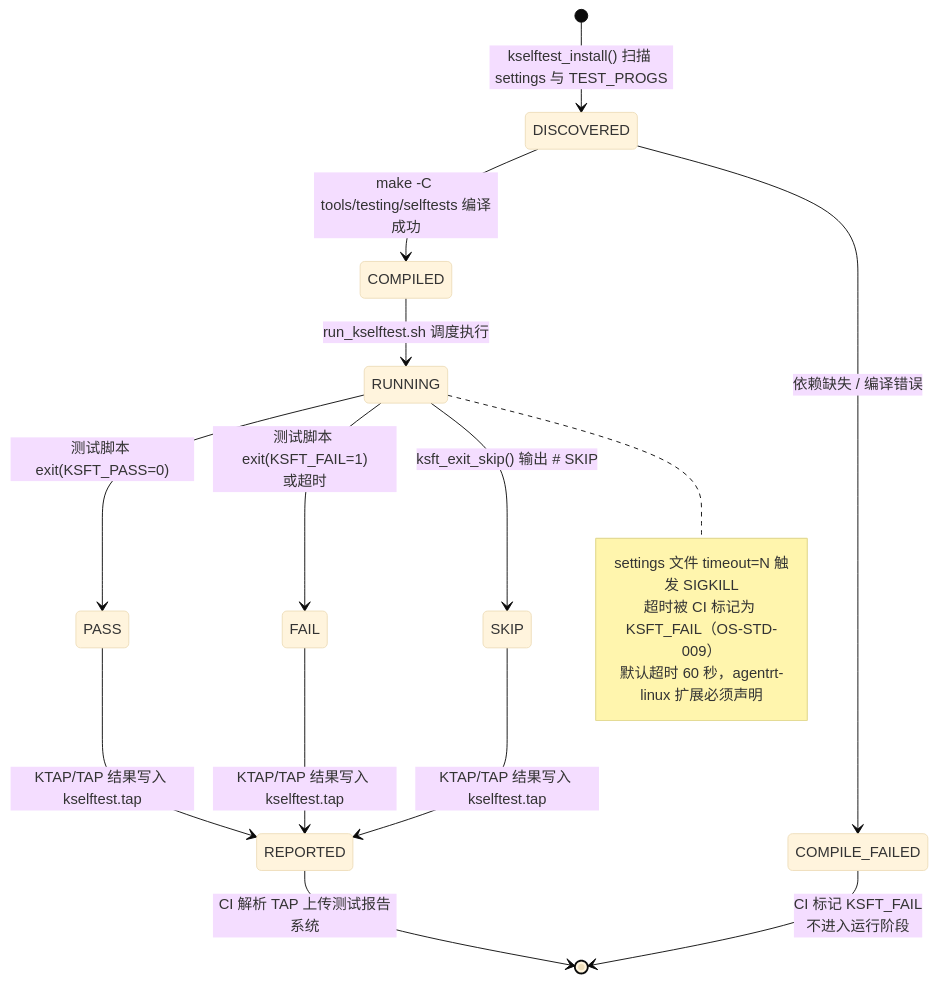
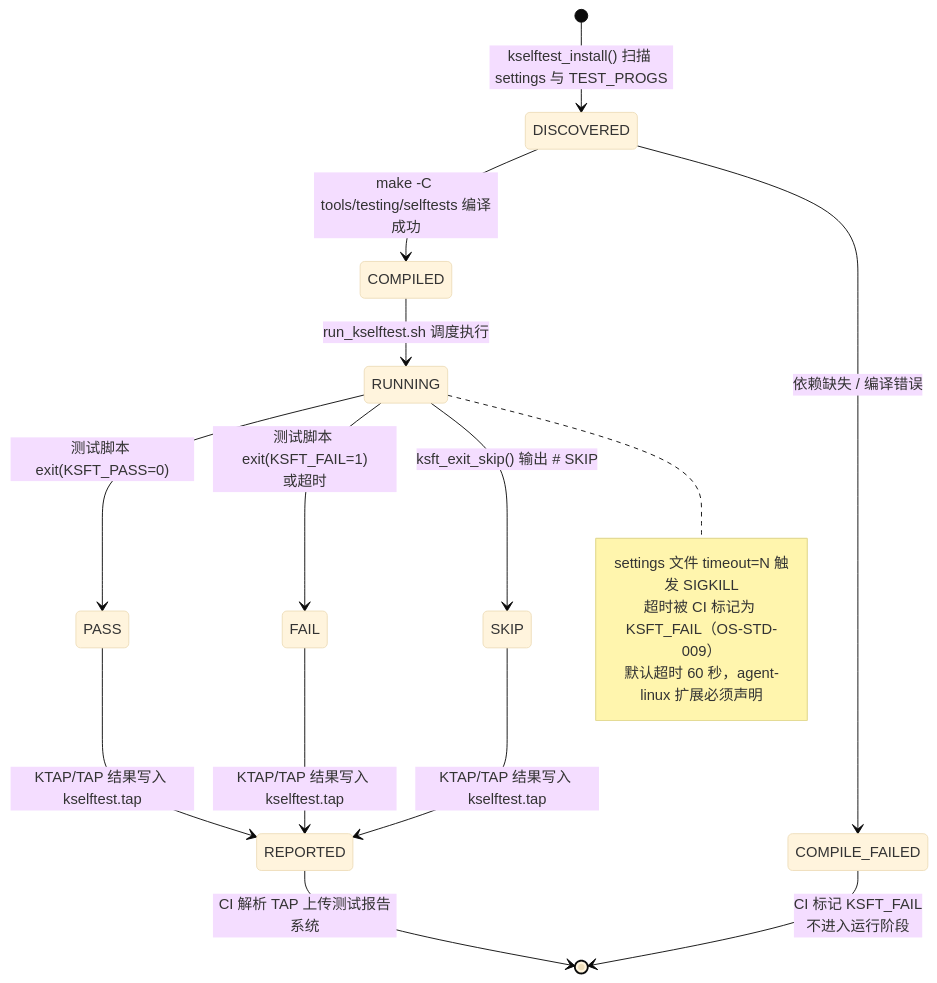
Before and after one commit to openairymax/docs-linux: the second of 4 diagrams in 80-testing/02-kselftest.md, drawn with Mermaid (base theme). The commit also changed other lines of this file and 172 other files, not shown here.

Commit message:
docs: rename agentrt-linux to agent-linux across docs v0.1.3 双工程结构：agentrt-linux 改名 agent-linux。docs 全仓 186 个 文件中的 agentrt-linux 引用统一为 agent-linux（AirymaxOS 工程名/ URL/路径引用；commit hash 与历史不变）。

````diff
--- a/80-testing/02-kselftest.md
+++ b/80-testing/02-kselftest.md
@@ -126,26 +126,26 @@
 ```mermaid
 stateDiagram-v2
     [*] --> DISCOVERED: kselftest_install() 扫描 settings 与 TEST_PROGS
 
     DISCOVERED --> COMPILED: make -C tools/testing/selftests 编译成功
     DISCOVERED --> COMPILE_FAILED: 依赖缺失 / 编译错误
 
     COMPILED --> RUNNING: run_kselftest.sh 调度执行
 
     RUNNING --> PASS: 测试脚本 exit(KSFT_PASS=0)
     RUNNING --> FAIL: 测试脚本 exit(KSFT_FAIL=1)<br/>或超时
     RUNNING --> SKIP: ksft_exit_skip() 输出 # SKIP
 
     PASS --> REPORTED: KTAP/TAP 结果写入 kselftest.tap
     FAIL --> REPORTED: KTAP/TAP 结果写入 kselftest.tap
     SKIP --> REPORTED: KTAP/TAP 结果写入 kselftest.tap
 
     COMPILE_FAILED --> [*]: CI 标记 KSFT_FAIL<br/>不进入运行阶段
     REPORTED --> [*]: CI 解析 TAP 上传测试报告系统
 
     note right of RUNNING
         settings 文件 timeout=N 触发 SIGKILL
         超时被 CI 标记为 KSFT_FAIL（OS-STD-009）
-        默认超时 60 秒，agentrt-linux 扩展必须声明
+        默认超时 60 秒，agent-linux 扩展必须声明
     end note
 ```
````
